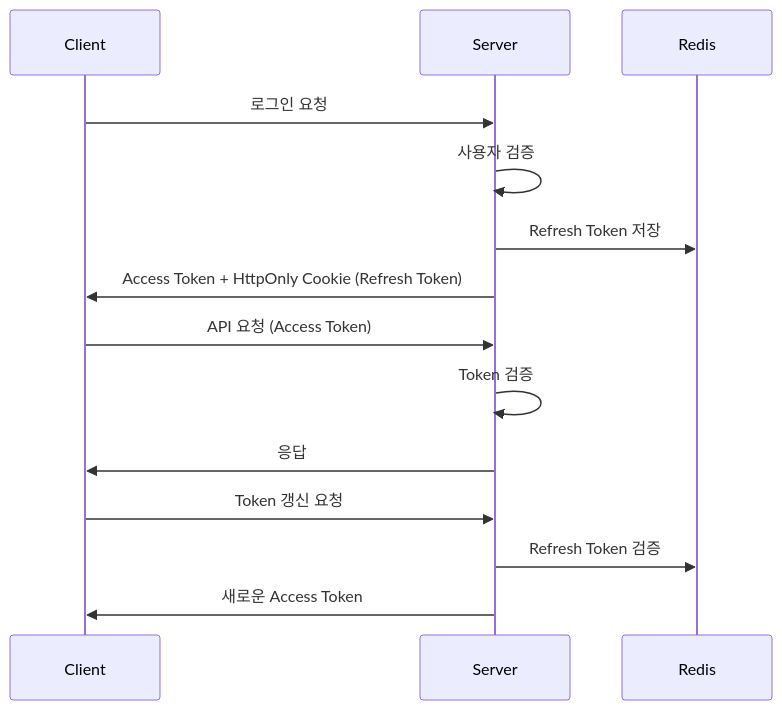
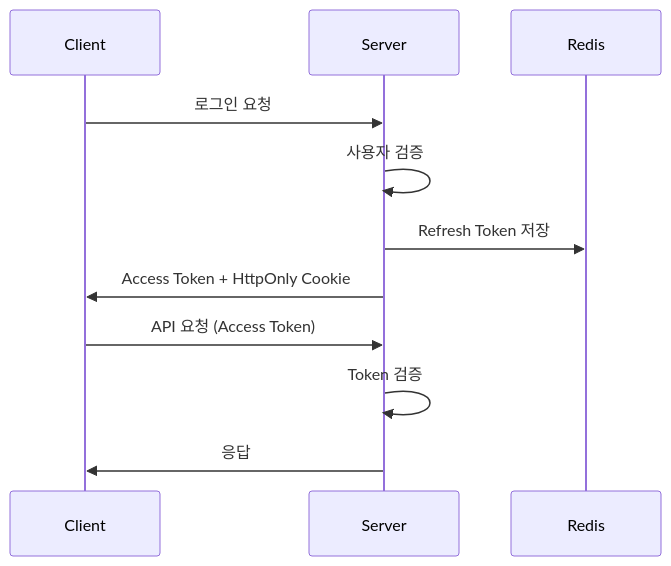
The first of 2 diagrams in README.md (Iusto/byeolnight), drawn with Mermaid before and after one commit. The commit also changed other lines of this file, not shown here.

````diff
--- a/README.md
+++ b/README.md
@@ -539,19 +221,15 @@
 ```mermaid
 sequenceDiagram
     participant C as Client
     participant S as Server
     participant R as Redis
     
     C->>S: 로그인 요청
     S->>S: 사용자 검증
     S->>R: Refresh Token 저장
-    S->>C: Access Token + HttpOnly Cookie (Refresh Token)
+    S->>C: Access Token + HttpOnly Cookie
     
     C->>S: API 요청 (Access Token)
     S->>S: Token 검증
     S->>C: 응답
-    
-    C->>S: Token 갱신 요청
-    S->>R: Refresh Token 검증
-    S->>C: 새로운 Access Token
 ```
````
